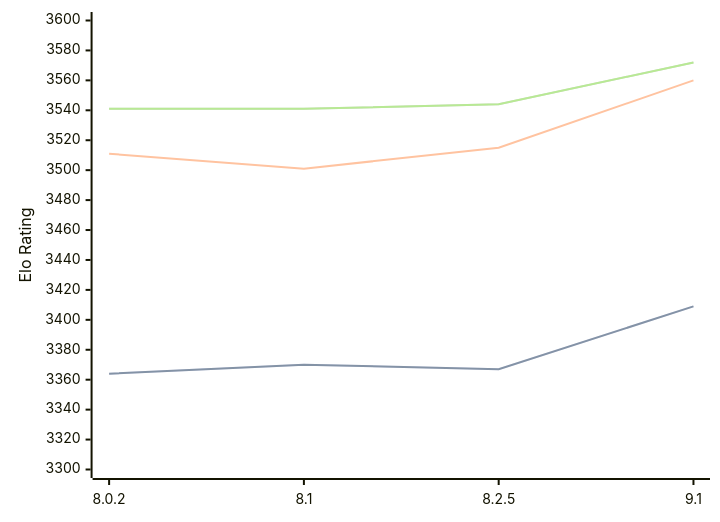
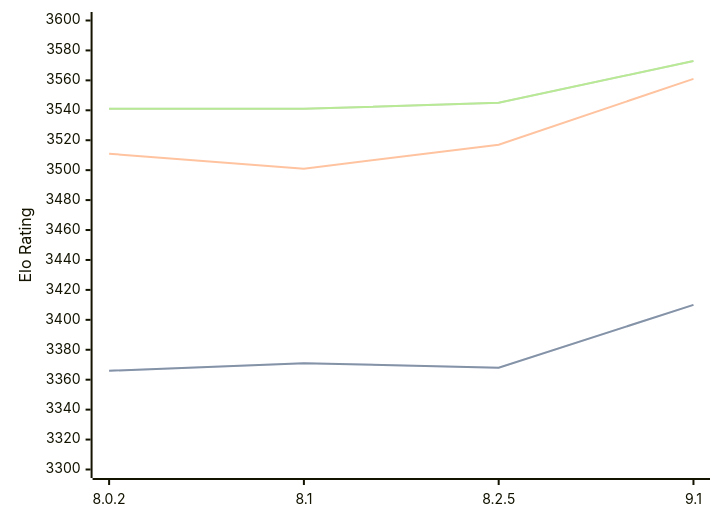
The diagram in engines/Clover.md (computer-chess-index/cci), drawn with Mermaid before and after one commit. The commit also changed other lines of this file, not shown here.

Commit message:
Update CCI Ratings (ELO VLTC) - 2026-04-13

````diff
--- a/engines/Clover.md
+++ b/engines/Clover.md
@@ -64,11 +64,11 @@
 ```mermaid
 %%{init: {"theme":"base","themeVariables":{"seriesColors:['#a3a3a3','#222221','#faa371']}}}%%
 xychart-beta
   x-axis ["8.0.2", "8.1", "8.2.5", "9.1"]
   y-axis "Elo Rating" 3300 --> 3600
-  line "STC (8.0+0.08s)" [3364, 3370, 3367, 3409]
-  line "STC (8.0+0.08s)" [3364, 3370, 3367, 3409]
-  line "LTC (60.0+0.60s)" [3511, 3501, 3515, 3560]
-  line "VLTC (2m24s+1.12s)" [3541, 3541, 3544, 3572]
-  line "VLTC (2m24s+1.12s)" [3541, 3541, 3544, 3572]
+  line "STC (8.0+0.08s)" [3366, 3371, 3368, 3410]
+  line "STC (8.0+0.08s)" [3366, 3371, 3368, 3410]
+  line "LTC (60.0+0.60s)" [3511, 3501, 3517, 3561]
+  line "VLTC (2m24s+1.12s)" [3541, 3541, 3545, 3573]
+  line "VLTC (2m24s+1.12s)" [3541, 3541, 3545, 3573]
 ```
````
